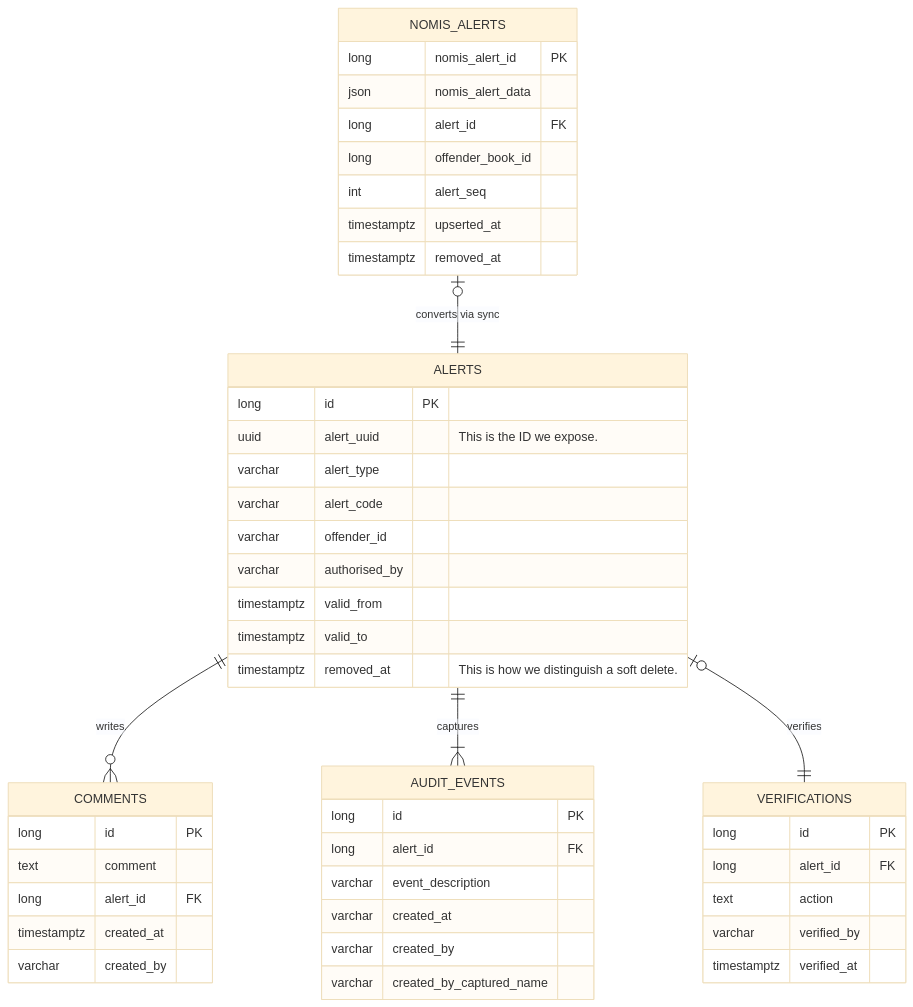
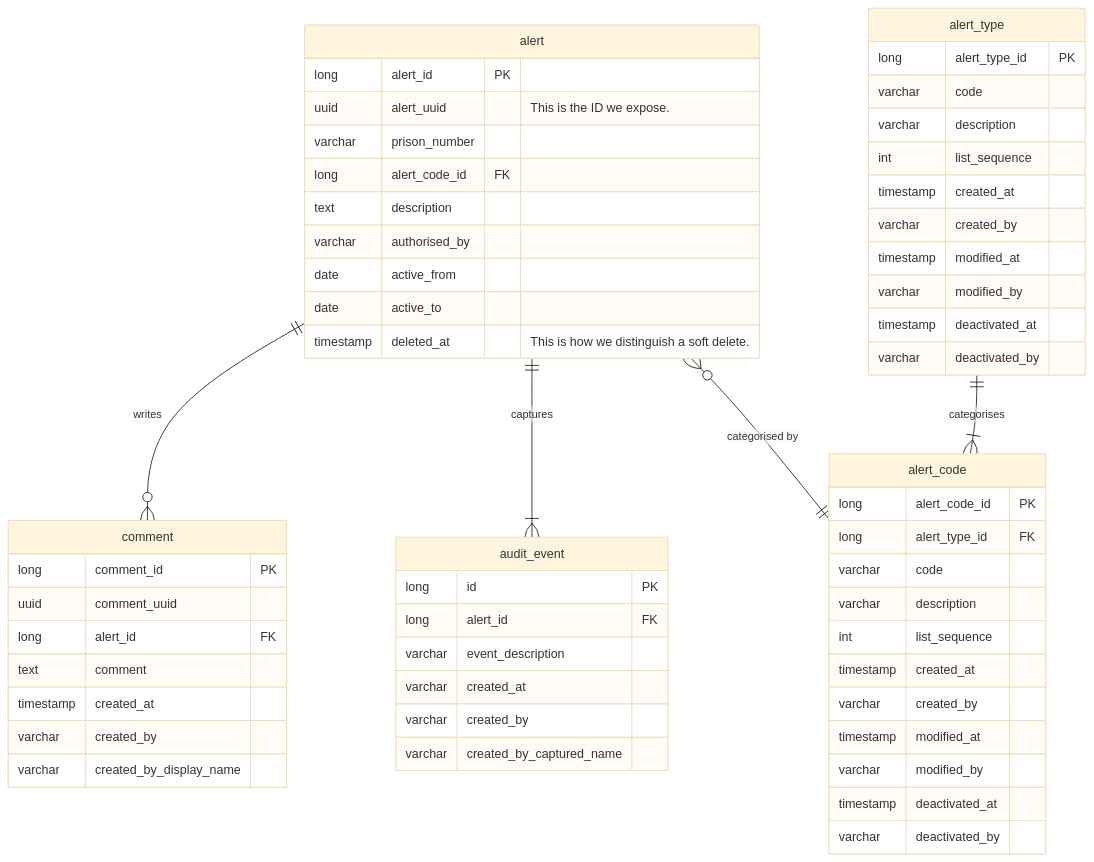
Before and after one commit to ministryofjustice/hmpps-alerts-api: the diagram in datamodel.mermaid, drawn with Mermaid (base theme). The commit also changed 9 other files, not shown here.

```diff
--- a/datamodel.mermaid
+++ b/datamodel.mermaid
@@ -1,49 +1,63 @@
 erDiagram
-    ALERTS one to zero or more COMMENTS : writes
-    ALERTS one to one or more AUDIT_EVENTS : captures
-    ALERTS zero or one to one VERIFICATIONS : verifies
-    NOMIS_ALERTS zero or one to one ALERTS : "converts via sync"
-ALERTS {
-    long id PK
+    alert one to zero or more comment : writes
+    alert one to one or more audit_event : captures
+    alert_type one to one or more alert_code : categorises
+    alert many to one alert_code : "categorised by"
+
+alert {
+    long alert_id PK
     uuid alert_uuid "This is the ID we expose."
-    varchar alert_type
-    varchar alert_code
-    varchar offender_id
+    varchar prison_number
+    long alert_code_id FK
+    text description
     varchar authorised_by
-    timestamptz valid_from
-    timestamptz valid_to
-    timestamptz removed_at "This is how we distinguish a soft delete."
+    date active_from
+    date active_to
+    timestamp deleted_at "This is how we distinguish a soft delete."
 }
-VERIFICATIONS {
-    long id PK
+
+comment {
+    long comment_id PK
+    uuid comment_uuid
     long alert_id FK
-    text action
-    varchar verified_by
-    timestamptz verified_at
+    text comment
+    timestamp created_at
+    varchar created_by
+    varchar created_by_display_name
 }
-AUDIT_EVENTS {
+
+audit_event {
     long id PK
     long alert_id FK
     varchar event_description
     varchar created_at
     varchar created_by
     varchar created_by_captured_name
 }
-COMMENTS {
-    long id PK
-    text comment
-    long alert_id FK
-    timestamptz created_at
+
+alert_type {
+    long alert_type_id PK
+    varchar code
+    varchar description
+    int list_sequence
+    timestamp created_at
     varchar created_by
+    timestamp modified_at
+    varchar modified_by
+    timestamp deactivated_at
+    varchar deactivated_by
 }
 
-NOMIS_ALERTS {
-    long nomis_alert_id PK
-    json nomis_alert_data
-    long alert_id FK
-    long offender_book_id
-    int alert_seq
-    timestamptz upserted_at
-    timestamptz removed_at
-
+alert_code {
+    long alert_code_id PK
+    long alert_type_id FK
+    varchar code
+    varchar description
+    int list_sequence
+    timestamp created_at
+    varchar created_by
+    timestamp modified_at
+    varchar modified_by
+    timestamp deactivated_at
+    varchar deactivated_by
 }
```
